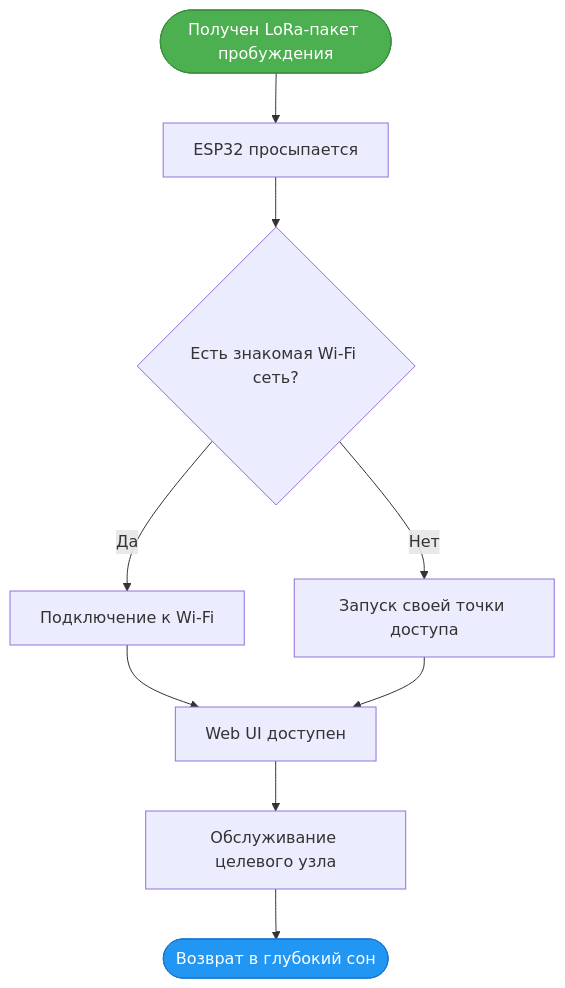
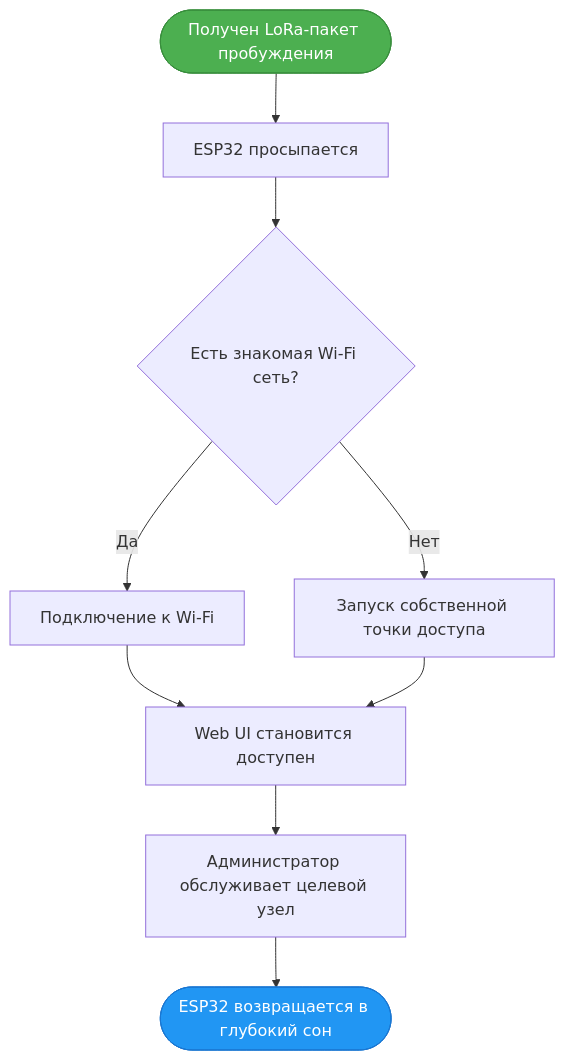
Before and after one commit to chemobook/ESP-OOB-Supervisor: the diagram in README.ru.md, drawn with Mermaid. The commit also changed other lines of this file, not shown here.

````diff
--- a/README.ru.md
+++ b/README.ru.md
@@ -18,14 +50,14 @@
 ```mermaid
 flowchart TD
     A([Получен LoRa-пакет пробуждения]) --> B[ESP32 просыпается]
     B --> C{Есть знакомая Wi-Fi сеть?}
     C -- Да --> D[Подключение к Wi-Fi]
-    C -- Нет --> E[Запуск своей точки доступа]
-    D --> F[Web UI доступен]
+    C -- Нет --> E[Запуск собственной точки доступа]
+    D --> F[Web UI становится доступен]
     E --> F
-    F --> G[Обслуживание целевого узла]
-    G --> H([Возврат в глубокий сон])
+    F --> G[Администратор обслуживает целевой узел]
+    G --> H([ESP32 возвращается в глубокий сон])
     
     style A fill:#4CAF50,stroke:#388E3C,color:white
     style H fill:#2196F3,stroke:#1976D2,color:white
 ```
````
